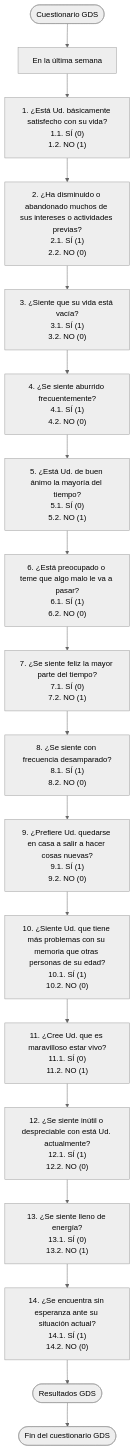
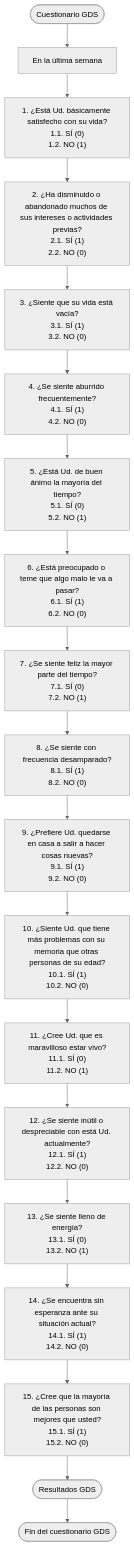
One commit to m4ck-y/dh_docs changed the diagram in diagrams/1_CUESTIONARIO_MENTAL/gds.mmd. Above: the diagram before and after it, drawn with Mermaid (neutral theme). The commit also changed 8 other files, not shown here.

Commit message:
docs: sync GDS-15, form ERD/class diagram, and questionnaire docs

```diff
--- a/diagrams/1_CUESTIONARIO_MENTAL/gds.mmd
+++ b/diagrams/1_CUESTIONARIO_MENTAL/gds.mmd
@@ -1,26 +1,27 @@
 flowchart TD
 %% Fuente: docs/diagrams/1_CUESTIONARIO_MENTAL/1_DEMO_CUESTIONARIOS_MENTAL.drawio (tab "GDS")
 %% Convención: un nodo por ítem + opciones (SÍ/NO) con valor 0/1.
 %% GDS-15 (Geriatric Depression Scale, 15 ítems Sí/No).
 %% Los ítems con sentido inverso (1, 5, 7, 11, 13) puntúan NO=1; el resto SÍ=1.
 %% Raridad del drawio: el ítem 11 solo conecta valor al "NO"; ver review.
 
     start(["Cuestionario GDS"]) --> intro["En la última semana"]
     intro --> g1
 
     g1["1. ¿Está Ud. básicamente satisfecho con su vida?<br/>1.1. SÍ (0)<br/>1.2. NO (1)"] --> g2
     g2["2. ¿Ha disminuido o abandonado muchos de sus intereses o actividades previas?<br/>2.1. SÍ (1)<br/>2.2. NO (0)"] --> g3
     g3["3. ¿Siente que su vida está vacía?<br/>3.1. SÍ (1)<br/>3.2. NO (0)"] --> g4
     g4["4. ¿Se siente aburrido frecuentemente?<br/>4.1. SÍ (1)<br/>4.2. NO (0)"] --> g5
     g5["5. ¿Está Ud. de buen ánimo la mayoría del tiempo?<br/>5.1. SÍ (0)<br/>5.2. NO (1)"] --> g6
     g6["6. ¿Está preocupado o teme que algo malo le va a pasar?<br/>6.1. SÍ (1)<br/>6.2. NO (0)"] --> g7
     g7["7. ¿Se siente feliz la mayor parte del tiempo?<br/>7.1. SÍ (0)<br/>7.2. NO (1)"] --> g8
     g8["8. ¿Se siente con frecuencia desamparado?<br/>8.1. SÍ (1)<br/>8.2. NO (0)"] --> g9
     g9["9. ¿Prefiere Ud. quedarse en casa a salir a hacer cosas nuevas?<br/>9.1. SÍ (1)<br/>9.2. NO (0)"] --> g10
     g10["10. ¿Siente Ud. que tiene más problemas con su memoria que otras personas de su edad?<br/>10.1. SÍ (1)<br/>10.2. NO (0)"] --> g11
     g11["11. ¿Cree Ud. que es maravilloso estar vivo?<br/>11.1. SÍ (0)<br/>11.2. NO (1)"] --> g12
     g12["12. ¿Se siente inútil o despreciable con está Ud. actualmente?<br/>12.1. SÍ (1)<br/>12.2. NO (0)"] --> g13
     g13["13. ¿Se siente lleno de energía?<br/>13.1. SÍ (0)<br/>13.2. NO (1)"] --> g14
-    g14["14. ¿Se encuentra sin esperanza ante su situación actual?<br/>14.1. SÍ (1)<br/>14.2. NO (0)"] --> res
+    g14["14. ¿Se encuentra sin esperanza ante su situación actual?<br/>14.1. SÍ (1)<br/>14.2. NO (0)"] --> g15
+    g15["15. ¿Cree que la mayoría de las personas son mejores que usted?<br/>15.1. SÍ (1)<br/>15.2. NO (0)"] --> res
 
     res(["Resultados GDS"]) --> fin(["Fin del cuestionario GDS"])
```
